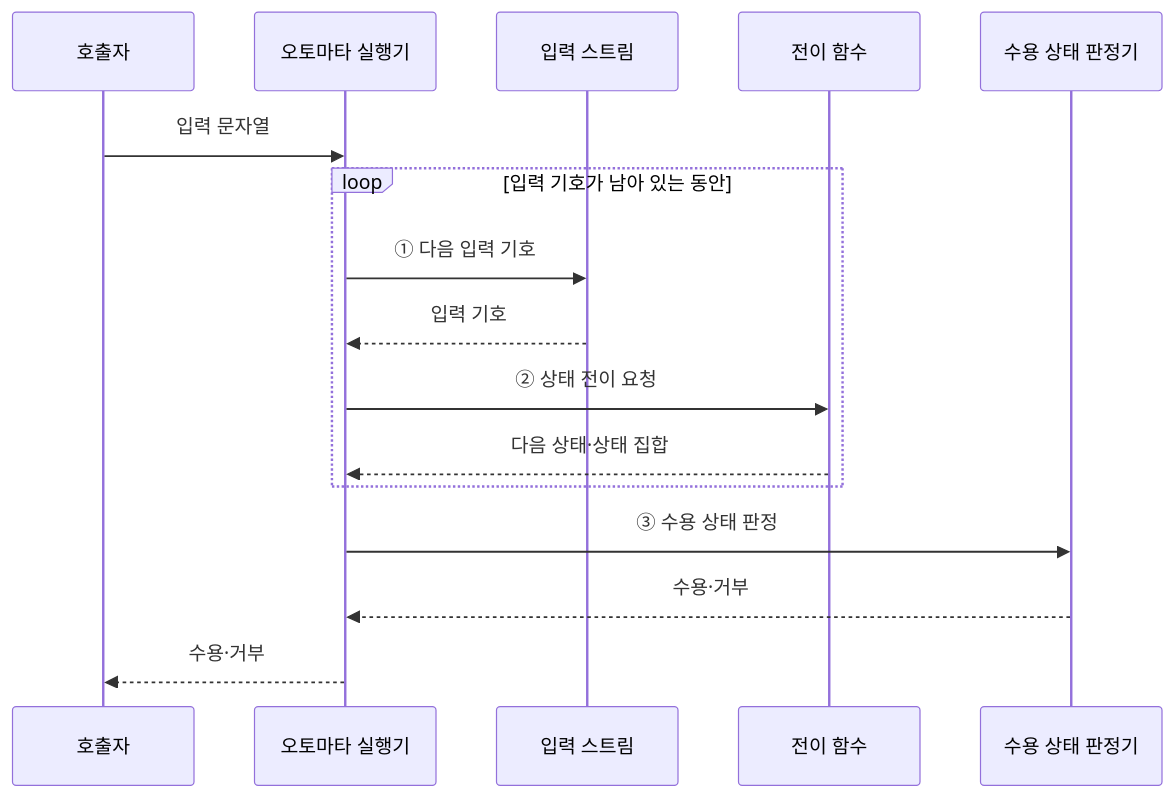
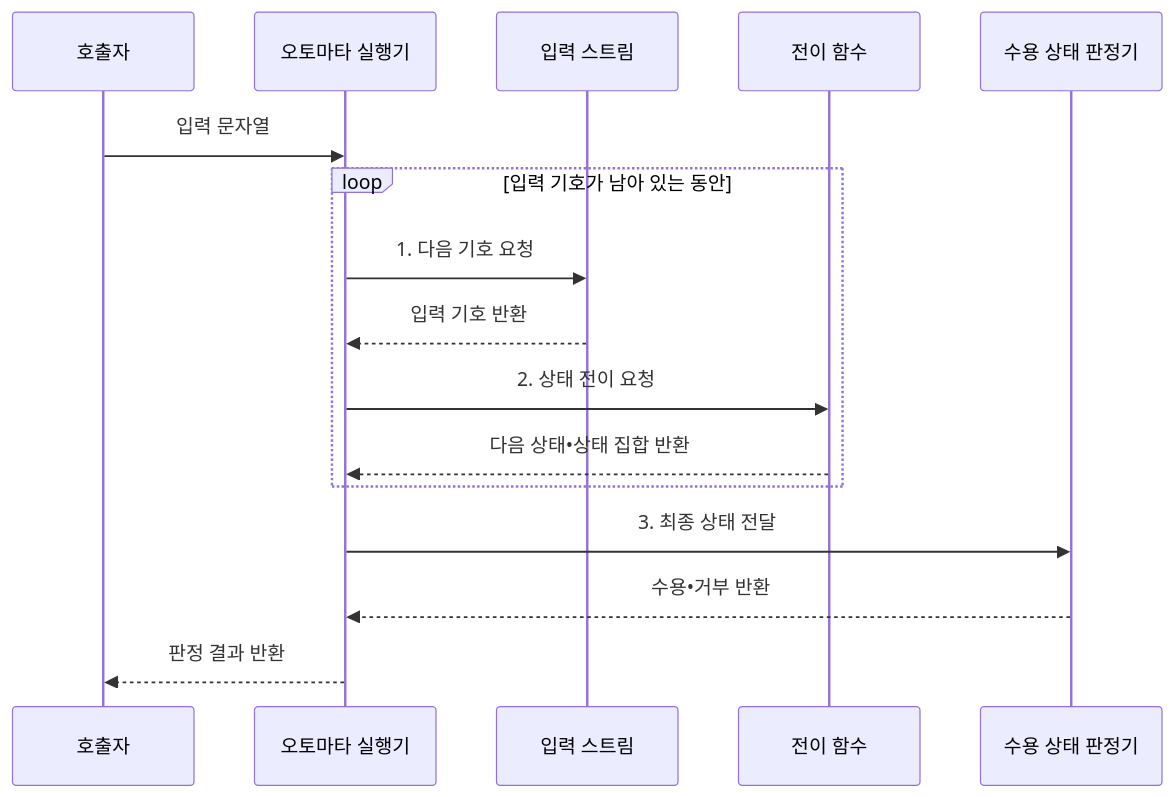
The third of 4 diagrams in src/content/docs/notes/01-basic-theory/020_automata_theory.md (agnusdei1207/knowledge-base), drawn with Mermaid before and after one commit. The commit also changed other lines of this file and 20 other files, not shown here.

````diff
--- a/src/content/docs/notes/01-basic-theory/020_automata_theory.md
+++ b/src/content/docs/notes/01-basic-theory/020_automata_theory.md
@@ -103,18 +106,18 @@
 ```mermaid
 sequenceDiagram
     participant C as 호출자
     participant A as 오토마타 실행기
     participant I as 입력 스트림
     participant D as 전이 함수
     participant F as 수용 상태 판정기
     C->>A: 입력 문자열
     loop 입력 기호가 남아 있는 동안
-        A->>I: ① 다음 입력 기호
-        I-->>A: 입력 기호
-        A->>D: ② 상태 전이 요청
-        D-->>A: 다음 상태·상태 집합
+        A->>I: 1. 다음 기호 요청
+        I-->>A: 입력 기호 반환
+        A->>D: 2. 상태 전이 요청
+        D-->>A: 다음 상태•상태 집합 반환
     end
-    A->>F: ③ 수용 상태 판정
-    F-->>A: 수용·거부
-    A-->>C: 수용·거부
+    A->>F: 3. 최종 상태 전달
+    F-->>A: 수용•거부 반환
+    A-->>C: 판정 결과 반환
 ```
````
